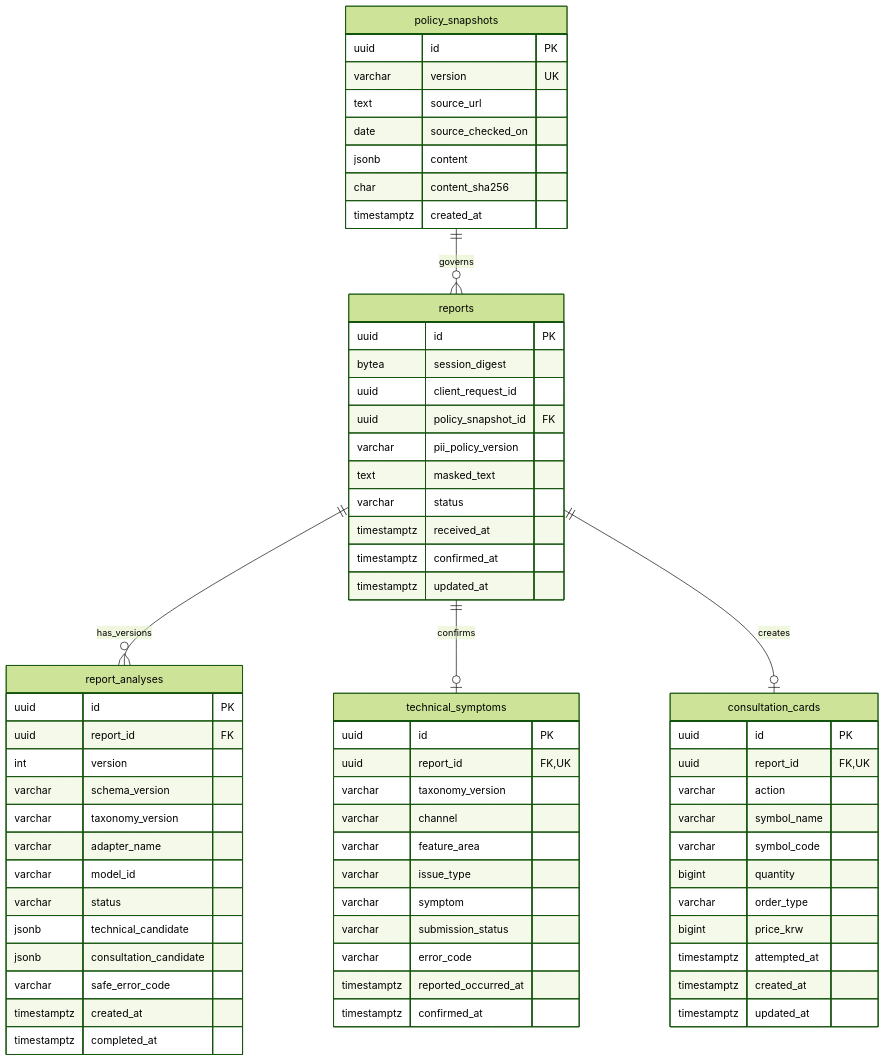
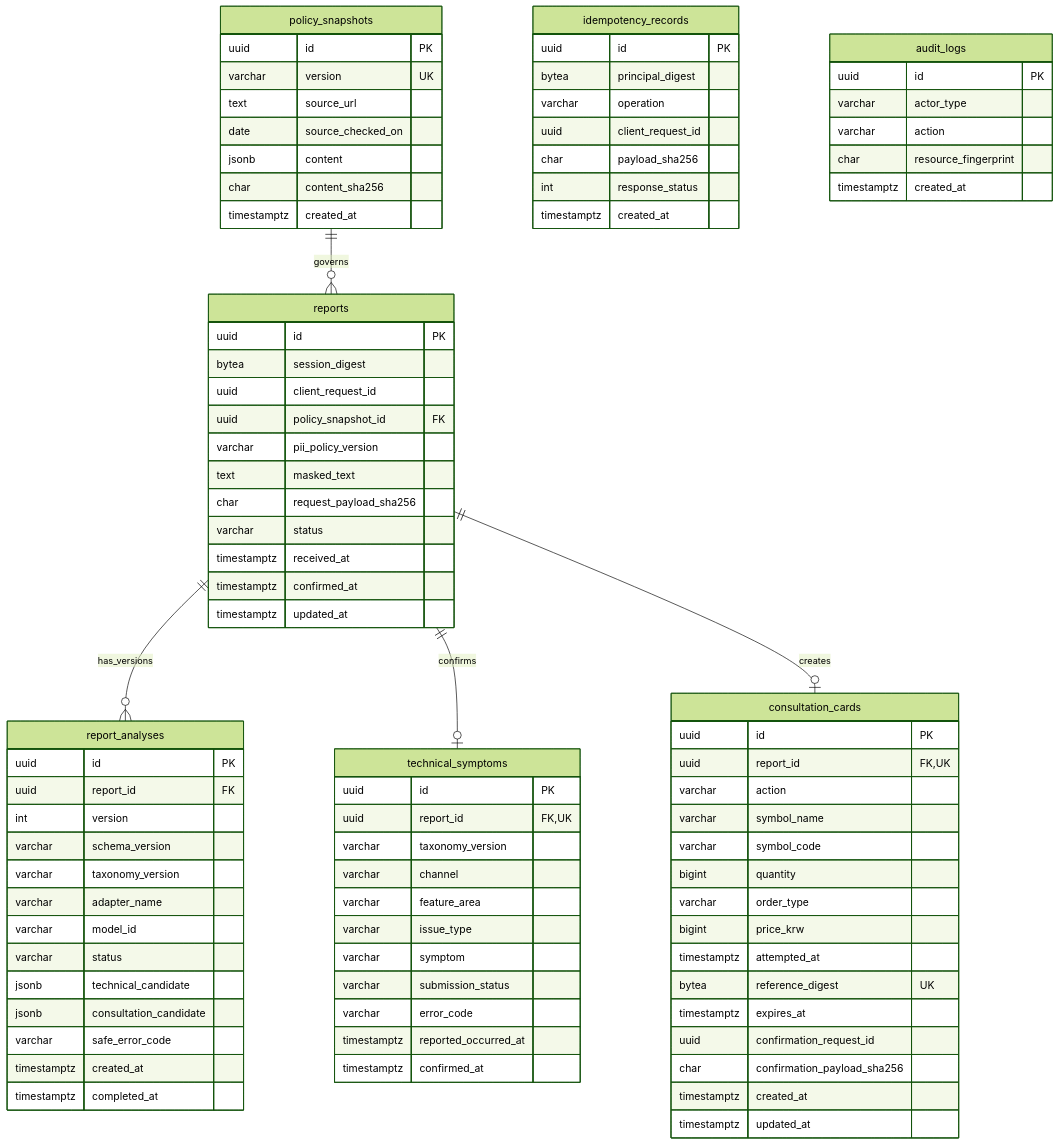
One commit to AI-Challenge-Git/AI_Challenge changed the second of 2 diagrams in backend/docs/erd.md. Above: the diagram before and after it, drawn with Mermaid (forest theme). The commit also changed other lines of this file and 26 other files, not shown here.

````diff
--- a/backend/docs/erd.md
+++ b/backend/docs/erd.md
@@ -46,6 +46,7 @@
         uuid policy_snapshot_id FK
         varchar pii_policy_version
         text masked_text
+        char request_payload_sha256
         varchar status
         timestamptz received_at
         timestamptz confirmed_at
@@ -92,7 +93,29 @@
         varchar order_type
         bigint price_krw
         timestamptz attempted_at
+        bytea reference_digest UK
+        timestamptz expires_at
+        uuid confirmation_request_id
+        char confirmation_payload_sha256
         timestamptz created_at
         timestamptz updated_at
     }
+
+    idempotency_records {
+        uuid id PK
+        bytea principal_digest
+        varchar operation
+        uuid client_request_id
+        char payload_sha256
+        int response_status
+        timestamptz created_at
+    }
+
+    audit_logs {
+        uuid id PK
+        varchar actor_type
+        varchar action
+        char resource_fingerprint
+        timestamptz created_at
+    }
 ```
````
